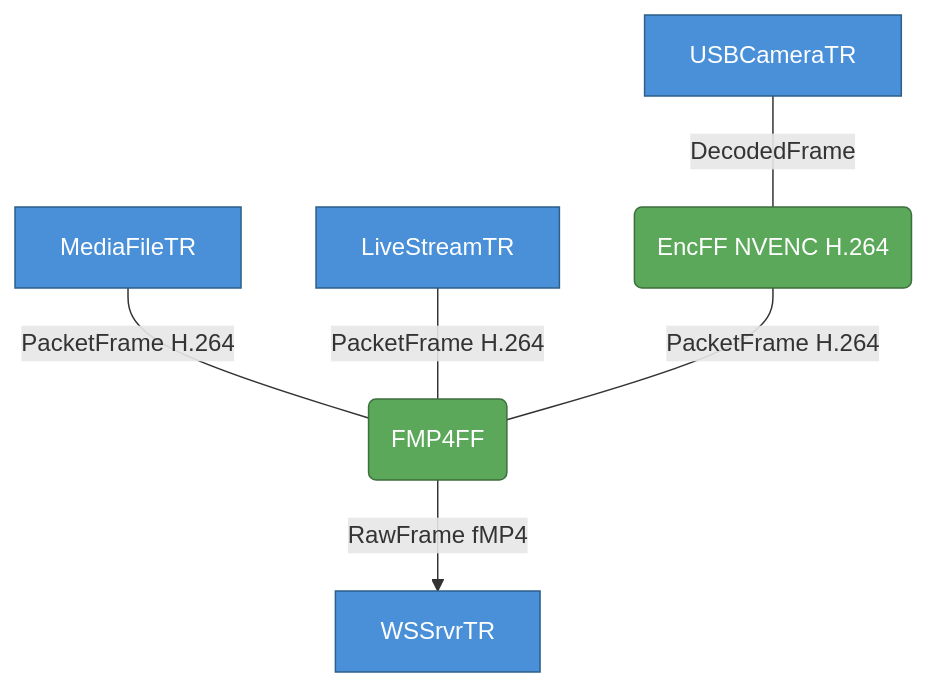
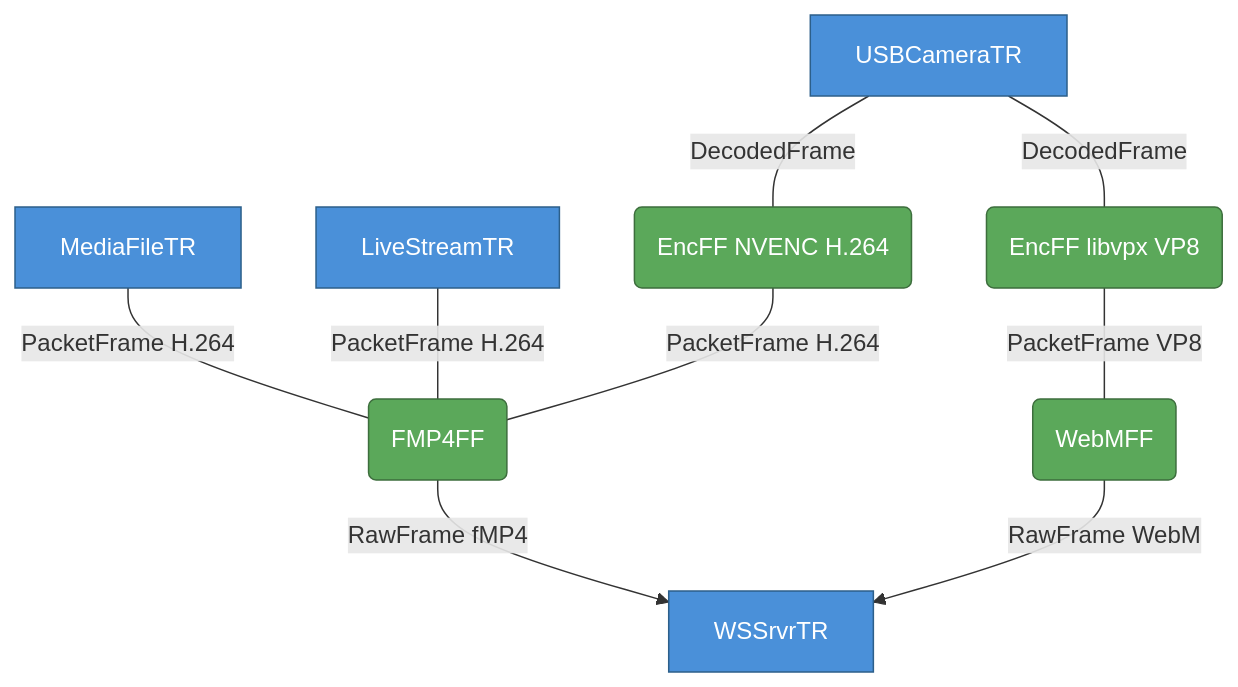
One commit to elsampsa/limef-apps changed the ninth of 10 diagrams in python/README.md. Above: the diagram before and after it, drawn with Mermaid. The commit also changed other lines of this file and 4 other files, not shown here.

````diff
--- a/python/README.md
+++ b/python/README.md
@@ -473,20 +479,25 @@
 ```mermaid
 flowchart TD
     fileTR[MediaFileTR]
     liveTR[LiveStreamTR]
     usbTR[USBCameraTR]
-    encff(EncFF NVENC H.264)
+    encH264(EncFF NVENC H.264)
+    encVP8(EncFF libvpx VP8)
     fmp4(FMP4FF)
+    webm(WebMFF)
     wssvr[WSSrvrTR]
 
     fileTR ---|PacketFrame H.264| fmp4
     liveTR ---|PacketFrame H.264| fmp4
-    usbTR ---|DecodedFrame| encff
-    encff ---|PacketFrame H.264| fmp4
+    usbTR ---|DecodedFrame| encH264
+    usbTR ---|DecodedFrame| encVP8
+    encH264 ---|PacketFrame H.264| fmp4
+    encVP8 ---|PacketFrame VP8| webm
     fmp4 -->|RawFrame fMP4| wssvr
+    webm -->|RawFrame WebM| wssvr
 
     classDef thread fill:#4a90d9,stroke:#2c5f8a,color:#fff
     classDef ff     fill:#5ba85a,stroke:#3d6e3d,color:#fff
     class fileTR,liveTR,usbTR,wssvr thread
-    class encff,fmp4 ff
+    class encH264,encVP8,fmp4,webm ff
 ```
````
